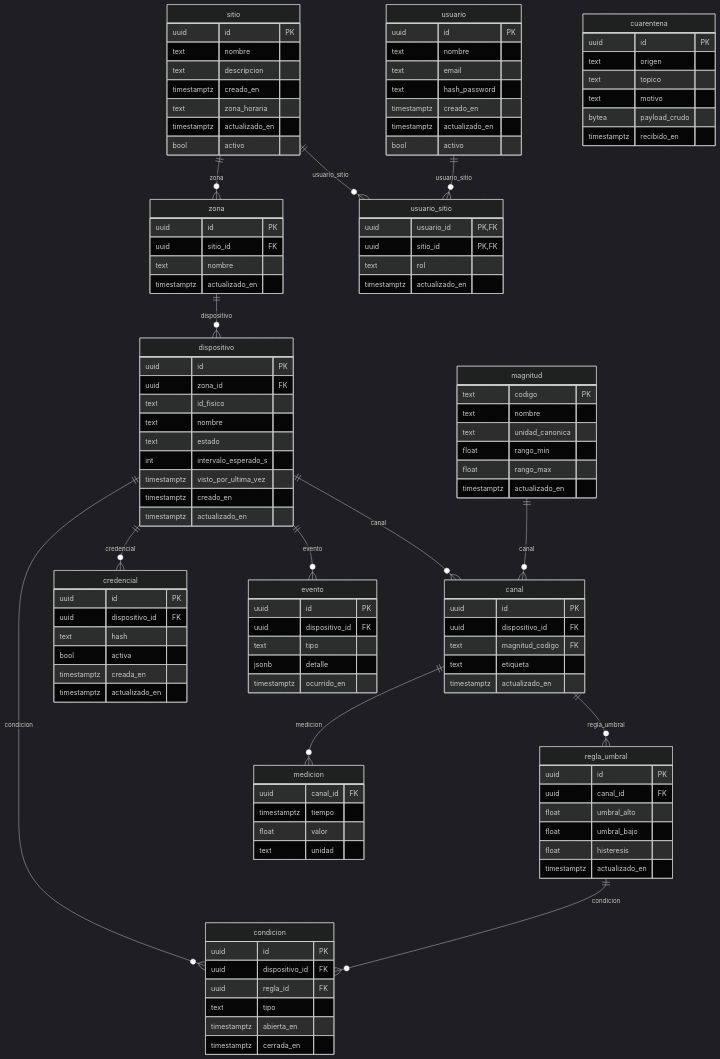
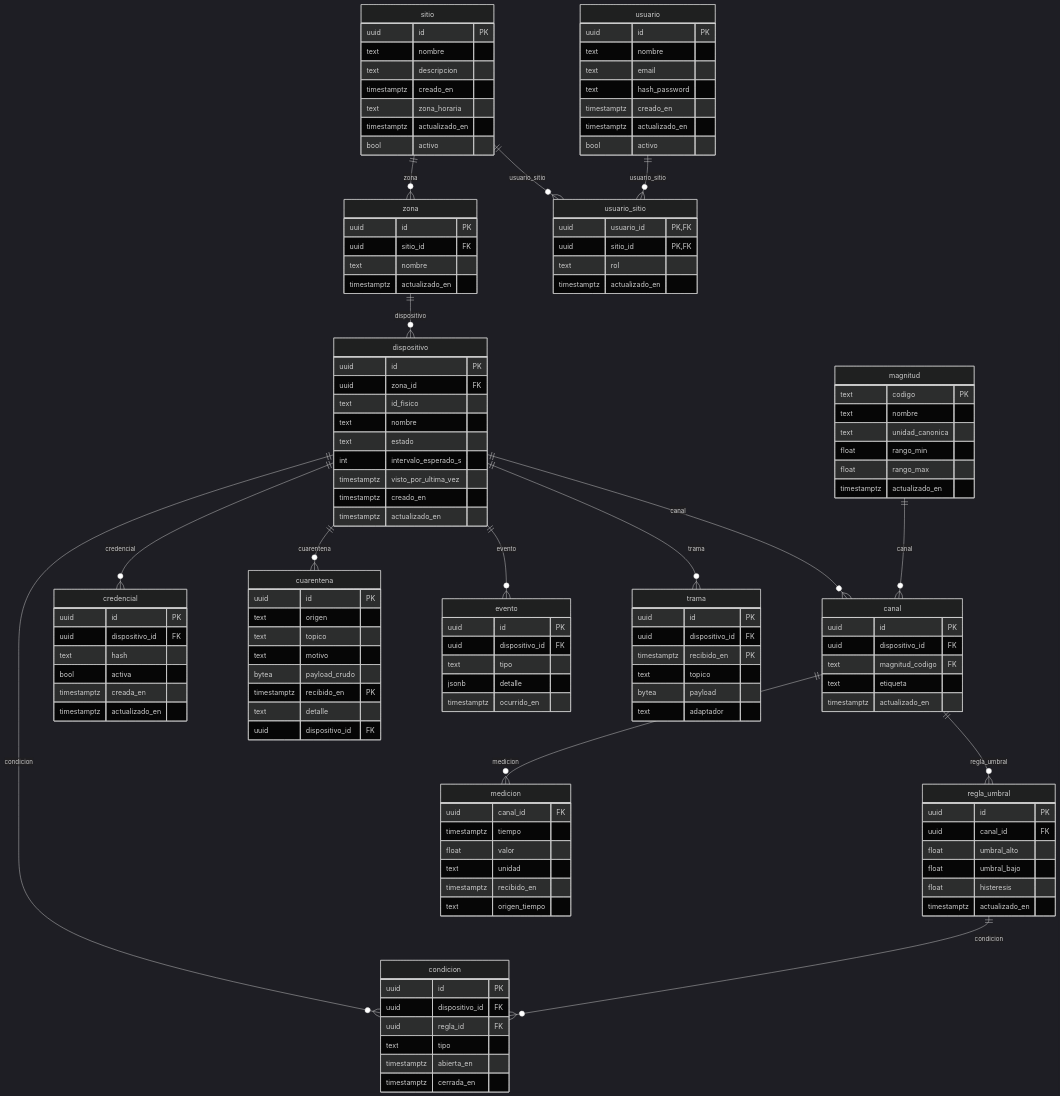
One commit to vicenterami/tesis changed the diagram in informe-oficial/figuras/mermaid/modelo-datos.mmd. Above: the diagram before and after it, drawn with Mermaid (dark theme). The commit also changed 37 other files, not shown here.

```diff
--- a/informe-oficial/figuras/mermaid/modelo-datos.mmd
+++ b/informe-oficial/figuras/mermaid/modelo-datos.mmd
@@ -1,114 +1,128 @@
 erDiagram
     dispositivo ||--o{ canal : canal
     magnitud ||--o{ canal : canal
     dispositivo ||--o{ condicion : condicion
     regla_umbral ||--o{ condicion : condicion
     dispositivo ||--o{ credencial : credencial
+    dispositivo ||--o{ cuarentena : cuarentena
     zona ||--o{ dispositivo : dispositivo
     dispositivo ||--o{ evento : evento
     canal ||--o{ medicion : medicion
     canal ||--o{ regla_umbral : regla_umbral
+    dispositivo ||--o{ trama : trama
     sitio ||--o{ usuario_sitio : usuario_sitio
     usuario ||--o{ usuario_sitio : usuario_sitio
     sitio ||--o{ zona : zona
     canal {
         uuid id PK
         uuid dispositivo_id FK
         text magnitud_codigo FK
         text etiqueta
         timestamptz actualizado_en
     }
     condicion {
         uuid id PK
         uuid dispositivo_id FK
         uuid regla_id FK
         text tipo
         timestamptz abierta_en
         timestamptz cerrada_en
     }
     credencial {
         uuid id PK
         uuid dispositivo_id FK
         text hash
         bool activa
         timestamptz creada_en
         timestamptz actualizado_en
     }
     cuarentena {
         uuid id PK
         text origen
         text topico
         text motivo
         bytea payload_crudo
-        timestamptz recibido_en
+        timestamptz recibido_en PK
+        text detalle
+        uuid dispositivo_id FK
     }
     dispositivo {
         uuid id PK
         uuid zona_id FK
         text id_fisico
         text nombre
         text estado
         int intervalo_esperado_s
         timestamptz visto_por_ultima_vez
         timestamptz creado_en
         timestamptz actualizado_en
     }
     evento {
         uuid id PK
         uuid dispositivo_id FK
         text tipo
         jsonb detalle
         timestamptz ocurrido_en
     }
     magnitud {
         text codigo PK
         text nombre
         text unidad_canonica
         float rango_min
         float rango_max
         timestamptz actualizado_en
     }
     medicion {
         uuid canal_id FK
         timestamptz tiempo
         float valor
         text unidad
+        timestamptz recibido_en
+        text origen_tiempo
     }
     regla_umbral {
         uuid id PK
         uuid canal_id FK
         float umbral_alto
         float umbral_bajo
         float histeresis
         timestamptz actualizado_en
     }
     sitio {
         uuid id PK
         text nombre
         text descripcion
         timestamptz creado_en
         text zona_horaria
         timestamptz actualizado_en
         bool activo
+    }
+    trama {
+        uuid id PK
+        uuid dispositivo_id FK
+        timestamptz recibido_en PK
+        text topico
+        bytea payload
+        text adaptador
     }
     usuario {
         uuid id PK
         text nombre
         text email
         text hash_password
         timestamptz creado_en
         timestamptz actualizado_en
         bool activo
     }
     usuario_sitio {
         uuid usuario_id PK,FK
         uuid sitio_id PK,FK
         text rol
         timestamptz actualizado_en
     }
     zona {
         uuid id PK
         uuid sitio_id FK
         text nombre
         timestamptz actualizado_en
     }
```
